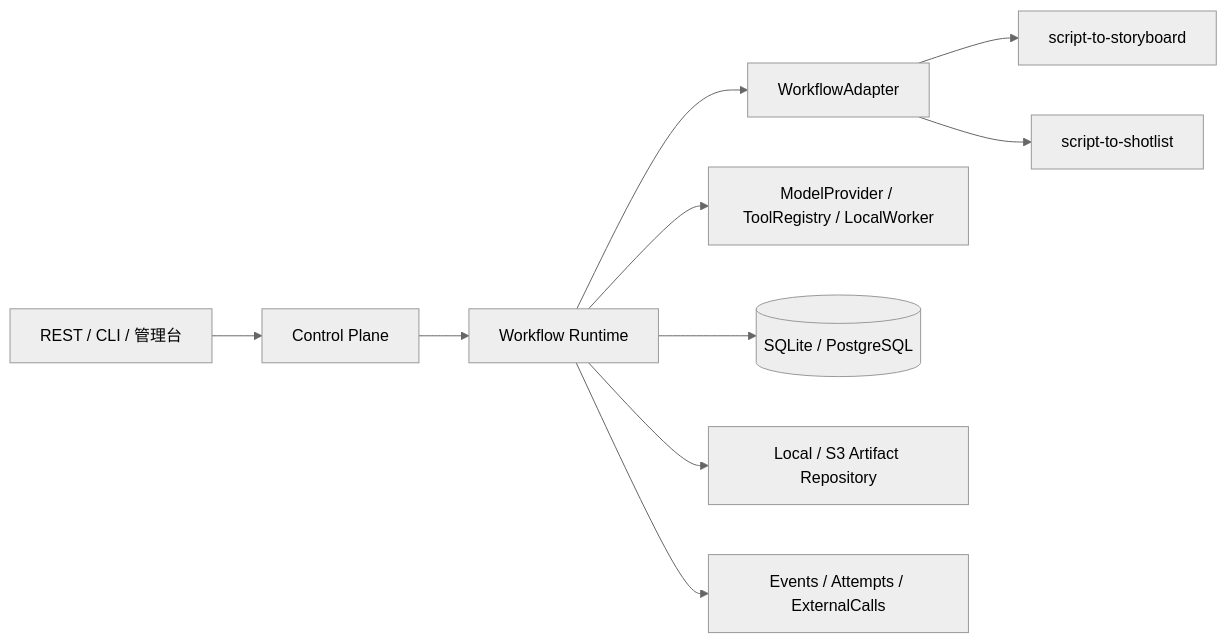
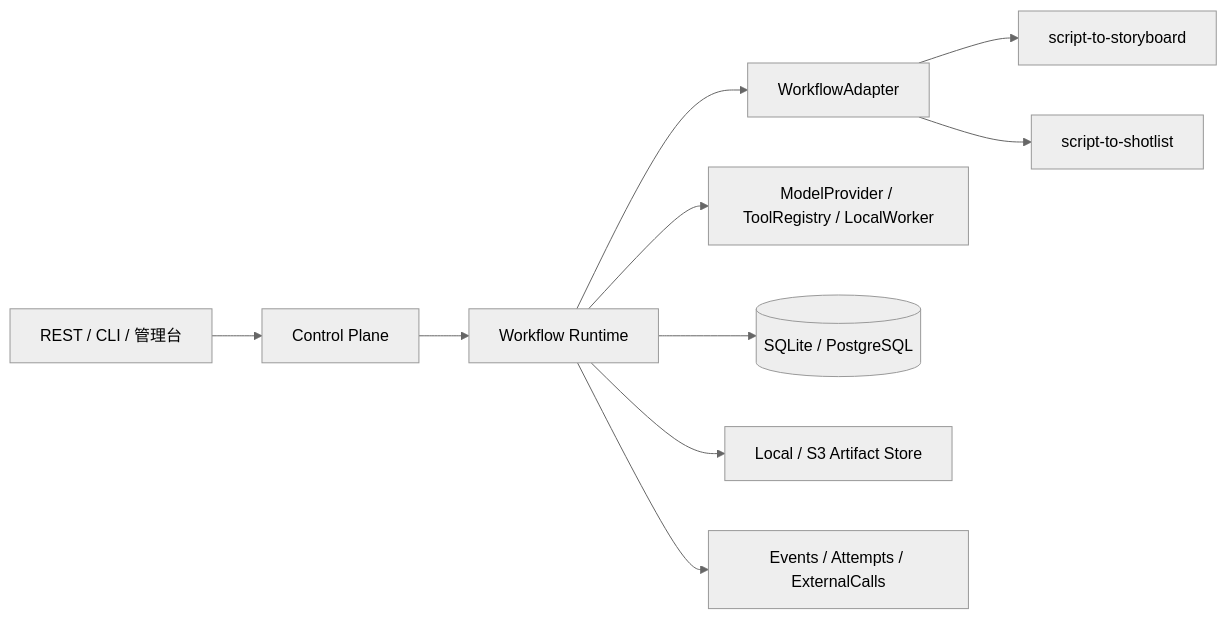
One commit to jiping730/shortdrama-agent-workbench changed the diagram in README.md. Above: the diagram before and after it, drawn with Mermaid (neutral theme). The commit also changed other lines of this file, not shown here.

````diff
--- a/README.md
+++ b/README.md
@@ -25,12 +45,12 @@
 ```mermaid
 flowchart LR
-  Client[REST / CLI / 管理台] --> Control[Control Plane]
-  Control --> Runtime[Workflow Runtime]
-  Runtime --> Adapter[WorkflowAdapter]
-  Adapter --> Storyboard[script-to-storyboard]
-  Adapter --> Shotlist[script-to-shotlist]
-  Runtime --> Execution[ModelProvider / ToolRegistry / LocalWorker]
-  Runtime --> DB[(SQLite / PostgreSQL)]
-  Runtime --> Artifacts[Local / S3 Artifact Repository]
-  Runtime --> Audit[Events / Attempts / ExternalCalls]
+    Client[REST / CLI / 管理台] --> Control[Control Plane]
+    Control --> Runtime[Workflow Runtime]
+    Runtime --> Adapter[WorkflowAdapter]
+    Adapter --> Storyboard[script-to-storyboard]
+    Adapter --> Shotlist[script-to-shotlist]
+    Runtime --> Execution[ModelProvider / ToolRegistry / LocalWorker]
+    Runtime --> Database[(SQLite / PostgreSQL)]
+    Runtime --> Artifacts[Local / S3 Artifact Store]
+    Runtime --> Audit[Events / Attempts / ExternalCalls]
 ```
````
